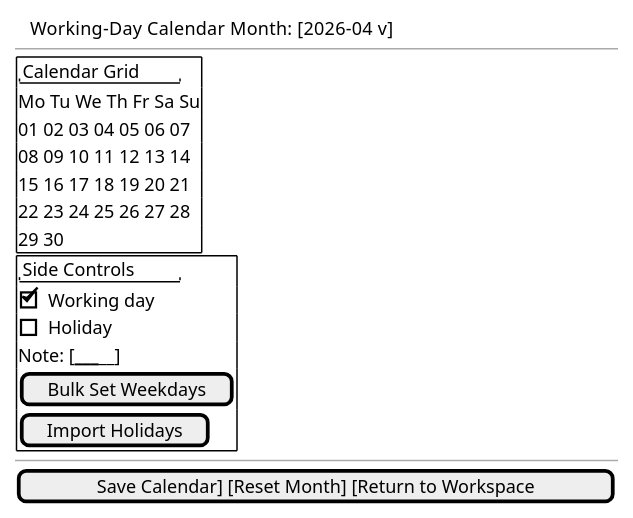
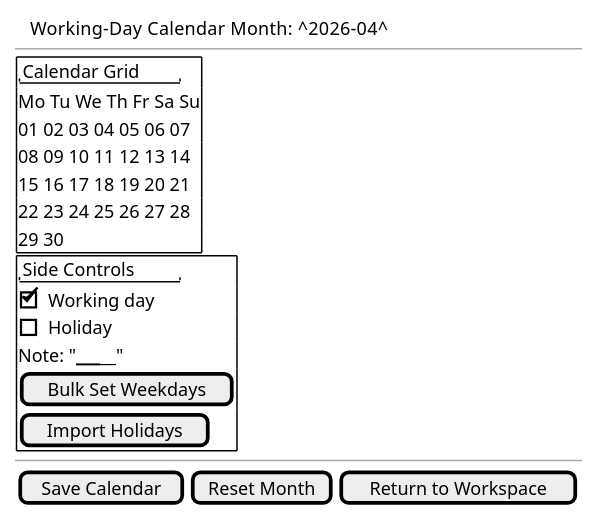
The diagram in docs/ui/screen_calendar_settings.puml (fangface-hub/carry_sprint_docs), drawn with PlantUML before and after one commit. The commit also changed 11 other files, not shown here.

```diff
--- a/docs/ui/screen_calendar_settings.puml
+++ b/docs/ui/screen_calendar_settings.puml
@@ -1,30 +1,32 @@
 @startuml CarrySprintCalendarSettingsScreen
 salt
 {
 {T
-+ Working-Day Calendar   Month: [2026-04 v]
++ Working-Day Calendar   Month: ^2026-04^
 }
 --
 {|
 {+
 "Calendar Grid"
 Mo Tu We Th Fr Sa Su
 01 02 03 04 05 06 07
 08 09 10 11 12 13 14
 15 16 17 18 19 20 21
 22 23 24 25 26 27 28
 29 30
 }
 {+
 "Side Controls"
 [X] Working day
 [ ] Holiday
-Note: [_________________]
+Note: "_________________"
 [Bulk Set Weekdays]
 [Import Holidays]
 }
 |}
 --
-[Save Calendar] [Reset Month] [Return to Workspace]
+{
+[Save Calendar] | [Reset Month] | [Return to Workspace]
+}
 }
 @enduml
```
